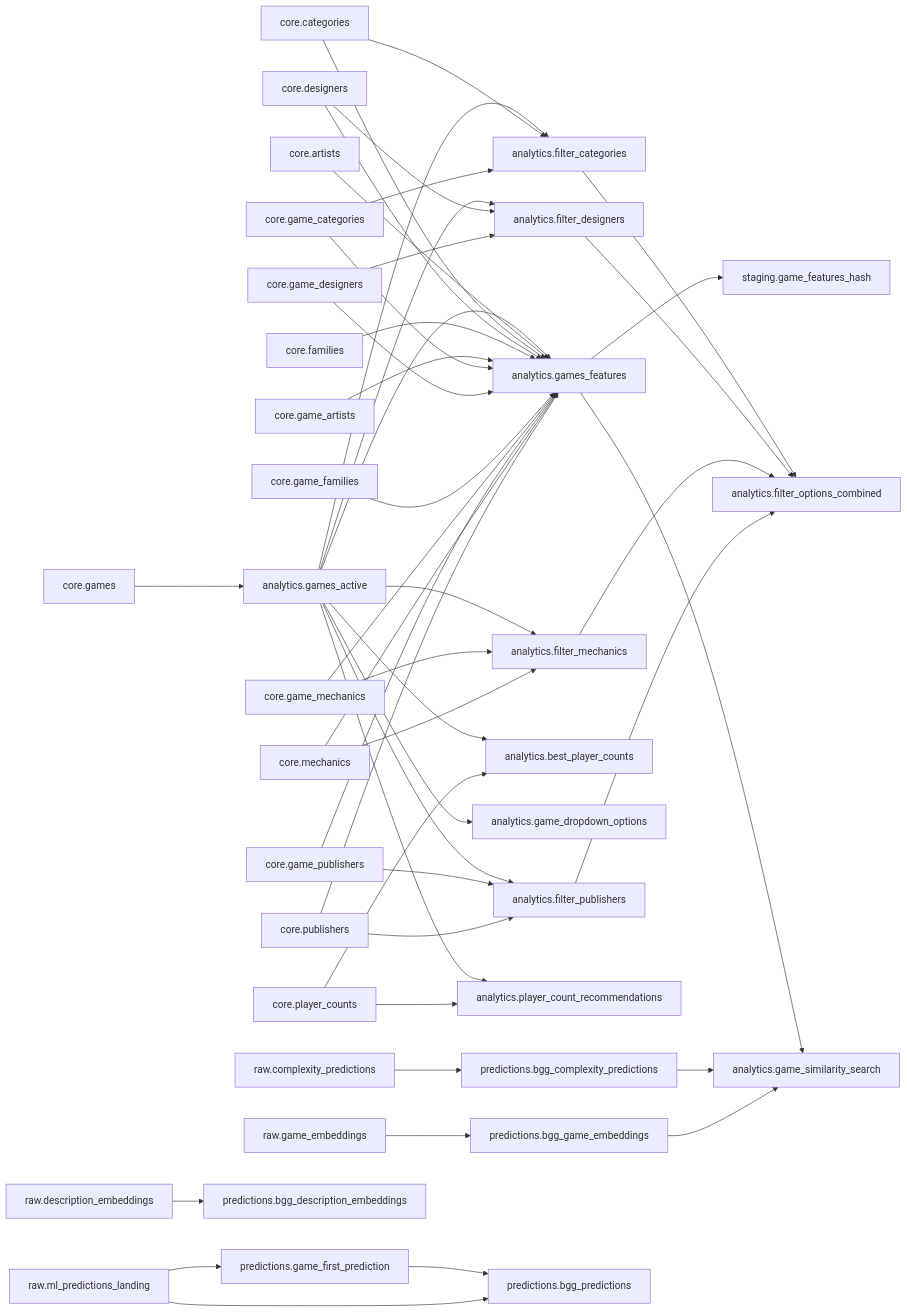
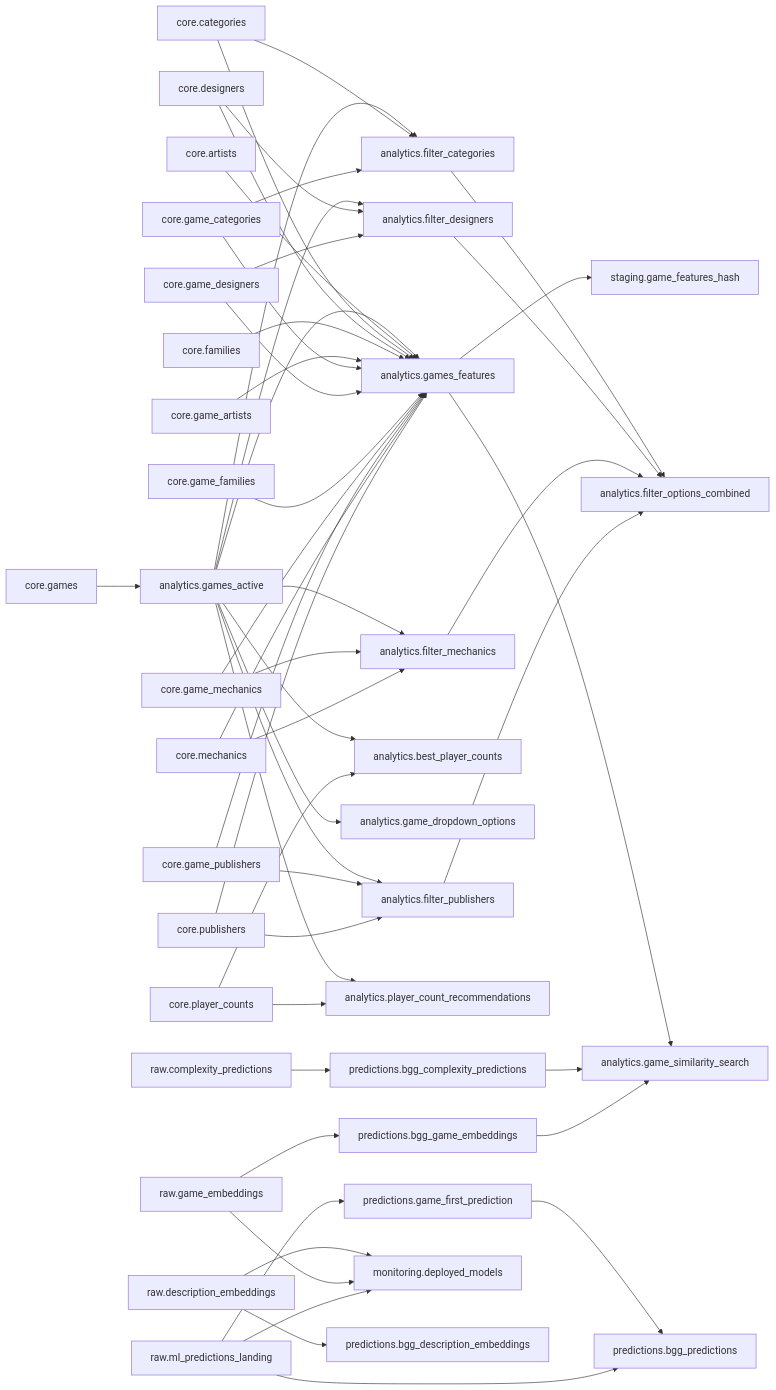
Before and after one commit to phenrickson/bgg-data-warehouse: the diagram in docs/lineage.md, drawn with Mermaid. The commit also changed 1 other file, not shown here.

Commit message:
Update Dataform lineage diagram [skip ci]

````diff
--- a/docs/lineage.md
+++ b/docs/lineage.md
@@ -3,48 +3,51 @@
 ```mermaid
 graph LR
     analytics__filter_categories["analytics.filter_categories"] --> analytics__filter_options_combined["analytics.filter_options_combined"]
     analytics__filter_designers["analytics.filter_designers"] --> analytics__filter_options_combined["analytics.filter_options_combined"]
     analytics__filter_mechanics["analytics.filter_mechanics"] --> analytics__filter_options_combined["analytics.filter_options_combined"]
     analytics__filter_publishers["analytics.filter_publishers"] --> analytics__filter_options_combined["analytics.filter_options_combined"]
     analytics__games_active["analytics.games_active"] --> analytics__best_player_counts["analytics.best_player_counts"]
     analytics__games_active["analytics.games_active"] --> analytics__filter_categories["analytics.filter_categories"]
     analytics__games_active["analytics.games_active"] --> analytics__filter_designers["analytics.filter_designers"]
     analytics__games_active["analytics.games_active"] --> analytics__filter_mechanics["analytics.filter_mechanics"]
     analytics__games_active["analytics.games_active"] --> analytics__filter_publishers["analytics.filter_publishers"]
     analytics__games_active["analytics.games_active"] --> analytics__game_dropdown_options["analytics.game_dropdown_options"]
     analytics__games_active["analytics.games_active"] --> analytics__games_features["analytics.games_features"]
     analytics__games_active["analytics.games_active"] --> analytics__player_count_recommendations["analytics.player_count_recommendations"]
     analytics__games_features["analytics.games_features"] --> analytics__game_similarity_search["analytics.game_similarity_search"]
     analytics__games_features["analytics.games_features"] --> staging__game_features_hash["staging.game_features_hash"]
     core__artists["core.artists"] --> analytics__games_features["analytics.games_features"]
     core__categories["core.categories"] --> analytics__filter_categories["analytics.filter_categories"]
     core__categories["core.categories"] --> analytics__games_features["analytics.games_features"]
     core__designers["core.designers"] --> analytics__filter_designers["analytics.filter_designers"]
     core__designers["core.designers"] --> analytics__games_features["analytics.games_features"]
     core__families["core.families"] --> analytics__games_features["analytics.games_features"]
     core__game_artists["core.game_artists"] --> analytics__games_features["analytics.games_features"]
     core__game_categories["core.game_categories"] --> analytics__filter_categories["analytics.filter_categories"]
     core__game_categories["core.game_categories"] --> analytics__games_features["analytics.games_features"]
     core__game_designers["core.game_designers"] --> analytics__filter_designers["analytics.filter_designers"]
     core__game_designers["core.game_designers"] --> analytics__games_features["analytics.games_features"]
     core__game_families["core.game_families"] --> analytics__games_features["analytics.games_features"]
     core__game_mechanics["core.game_mechanics"] --> analytics__filter_mechanics["analytics.filter_mechanics"]
     core__game_mechanics["core.game_mechanics"] --> analytics__games_features["analytics.games_features"]
     core__game_publishers["core.game_publishers"] --> analytics__filter_publishers["analytics.filter_publishers"]
     core__game_publishers["core.game_publishers"] --> analytics__games_features["analytics.games_features"]
     core__games["core.games"] --> analytics__games_active["analytics.games_active"]
     core__mechanics["core.mechanics"] --> analytics__filter_mechanics["analytics.filter_mechanics"]
     core__mechanics["core.mechanics"] --> analytics__games_features["analytics.games_features"]
     core__player_counts["core.player_counts"] --> analytics__best_player_counts["analytics.best_player_counts"]
     core__player_counts["core.player_counts"] --> analytics__player_count_recommendations["analytics.player_count_recommendations"]
     core__publishers["core.publishers"] --> analytics__filter_publishers["analytics.filter_publishers"]
     core__publishers["core.publishers"] --> analytics__games_features["analytics.games_features"]
     predictions__bgg_complexity_predictions["predictions.bgg_complexity_predictions"] --> analytics__game_similarity_search["analytics.game_similarity_search"]
     predictions__bgg_game_embeddings["predictions.bgg_game_embeddings"] --> analytics__game_similarity_search["analytics.game_similarity_search"]
     predictions__game_first_prediction["predictions.game_first_prediction"] --> predictions__bgg_predictions["predictions.bgg_predictions"]
     raw__complexity_predictions["raw.complexity_predictions"] --> predictions__bgg_complexity_predictions["predictions.bgg_complexity_predictions"]
+    raw__description_embeddings["raw.description_embeddings"] --> monitoring__deployed_models["monitoring.deployed_models"]
     raw__description_embeddings["raw.description_embeddings"] --> predictions__bgg_description_embeddings["predictions.bgg_description_embeddings"]
+    raw__game_embeddings["raw.game_embeddings"] --> monitoring__deployed_models["monitoring.deployed_models"]
     raw__game_embeddings["raw.game_embeddings"] --> predictions__bgg_game_embeddings["predictions.bgg_game_embeddings"]
+    raw__ml_predictions_landing["raw.ml_predictions_landing"] --> monitoring__deployed_models["monitoring.deployed_models"]
     raw__ml_predictions_landing["raw.ml_predictions_landing"] --> predictions__bgg_predictions["predictions.bgg_predictions"]
     raw__ml_predictions_landing["raw.ml_predictions_landing"] --> predictions__game_first_prediction["predictions.game_first_prediction"]
 ```
````
